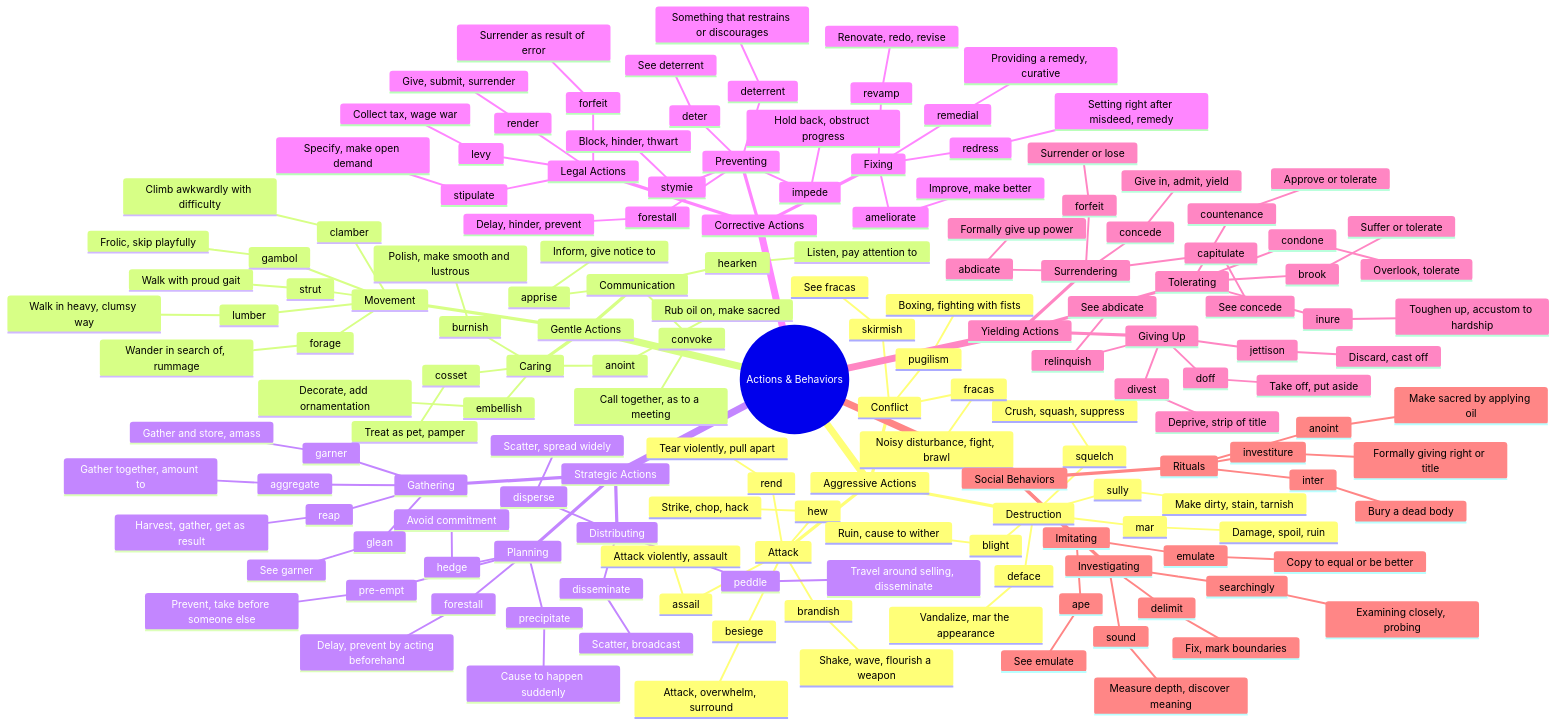
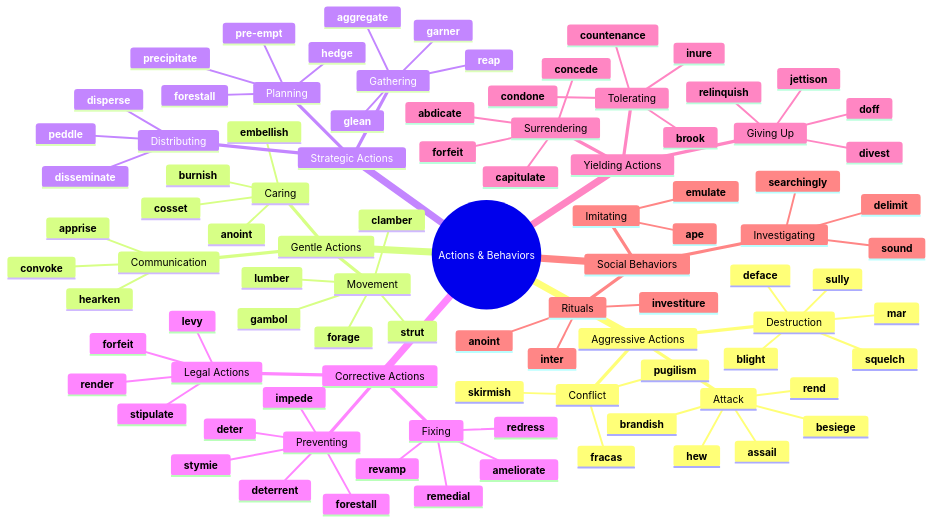
The first of 8 diagrams in mindmaps/17-actions-and-behaviors.md (95anantsingh/gre-preparation), drawn with Mermaid before and after one commit. The commit also changed other lines of this file and 20 other files, not shown here.

````diff
--- a/mindmaps/17-actions-and-behaviors.md
+++ b/mindmaps/17-actions-and-behaviors.md
@@ -9,164 +7,95 @@
   root((Actions & Behaviors))
     Aggressive Actions
       Attack
-        assail
-          Attack violently, assault
-        besiege
-          Attack, overwhelm, surround
-        brandish
-          Shake, wave, flourish a weapon
-        rend
-          Tear violently, pull apart
-        hew
-          Strike, chop, hack
+        **assail**
+        **besiege**
+        **brandish**
+        **rend**
+        **hew**
       Destruction
-        mar
-          Damage, spoil, ruin
-        deface
-          Vandalize, mar the appearance
-        blight
-          Ruin, cause to wither
-        sully
-          Make dirty, stain, tarnish
-        squelch
-          Crush, squash, suppress
+        **mar**
+        **deface**
+        **blight**
+        **sully**
+        **squelch**
       Conflict
-        fracas
-          Noisy disturbance, fight, brawl
-        pugilism
-          Boxing, fighting with fists
-        skirmish
-          See fracas
+        **fracas**
+        **pugilism**
+        **skirmish**
     Gentle Actions
       Caring
-        cosset
-          Treat as pet, pamper
-        anoint
-          Rub oil on, make sacred
-        burnish
-          Polish, make smooth and lustrous
-        embellish
-          Decorate, add ornamentation
+        **cosset**
+        **anoint**
+        **burnish**
+        **embellish**
       Movement
-        gambol
-          Frolic, skip playfully
-        clamber
-          Climb awkwardly with difficulty
-        lumber
-          Walk in heavy, clumsy way
-        strut
-          Walk with proud gait
-        forage
-          Wander in search of, rummage
+        **gambol**
+        **clamber**
+        **lumber**
+        **strut**
+        **forage**
       Communication
-        convoke
-          Call together, as to a meeting
-        apprise
-          Inform, give notice to
-        hearken
-          Listen, pay attention to
+        **convoke**
+        **apprise**
+        **hearken**
     Strategic Actions
       Planning
-        forestall
-          Delay, prevent by acting beforehand
-        pre-empt
-          Prevent, take before someone else
-        precipitate
-          Cause to happen suddenly
-        hedge
-          Avoid commitment
+        **forestall**
+        **pre-empt**
+        **precipitate**
+        **hedge**
       Gathering
-        garner
-          Gather and store, amass
-        glean
-          See garner
-        reap
-          Harvest, gather, get as result
-        aggregate
-          Gather together, amount to
+        **garner**
+        **glean**
+        **reap**
+        **aggregate**
       Distributing
-        peddle
-          Travel around selling, disseminate
-        disperse
-          Scatter, spread widely
-        disseminate
-          Scatter, broadcast
+        **peddle**
+        **disperse**
+        **disseminate**
     Corrective Actions
       Fixing
-        redress
-          Setting right after misdeed, remedy
-        remedial
-          Providing a remedy, curative
-        revamp
-          Renovate, redo, revise
-        ameliorate
-          Improve, make better
+        **redress**
+        **remedial**
+        **revamp**
+        **ameliorate**
       Preventing
-        deter
-          See deterrent
-        deterrent
-          Something that restrains or discourages
-        stymie
-          Block, hinder, thwart
-        impede
-          Hold back, obstruct progress
-        forestall
-          Delay, hinder, prevent
+        **deter**
+        **deterrent**
+        **stymie**
+        **impede**
+        **forestall**
       Legal Actions
-        stipulate
-          Specify, make open demand
-        forfeit
-          Surrender as result of error
-        render
-          Give, submit, surrender
-        levy
-          Collect tax, wage war
+        **stipulate**
+        **forfeit**
+        **render**
+        **levy**
     Yielding Actions
       Surrendering
-        concede
-          Give in, admit, yield
-        abdicate
-          Formally give up power
-        capitulate
-          See concede
-        forfeit
-          Surrender or lose
+        **concede**
+        **abdicate**
+        **capitulate**
+        **forfeit**
       Tolerating
-        brook
-          Suffer or tolerate
-        condone
-          Overlook, tolerate
-        countenance
-          Approve or tolerate
-        inure
-          Toughen up, accustom to hardship
+        **brook**
+        **condone**
+        **countenance**
+        **inure**
       Giving Up
-        jettison
-          Discard, cast off
-        divest
-          Deprive, strip of title
-        doff
-          Take off, put aside
-        relinquish
-          See abdicate
+        **jettison**
+        **divest**
+        **doff**
+        **relinquish**
     Social Behaviors
       Imitating
-        emulate
-          Copy to equal or be better
-        ape
-          See emulate
+        **emulate**
+        **ape**
       Investigating
-        searchingly
-          Examining closely, probing
-        sound
-          Measure depth, discover meaning
-        delimit
-          Fix, mark boundaries
+        **searchingly**
+        **sound**
+        **delimit**
       Rituals
-        anoint
-          Make sacred by applying oil
-        inter
-          Bury a dead body
-        investiture
-          Formally giving right or title
+        **anoint**
+        **inter**
+        **investiture**
 ```
````
